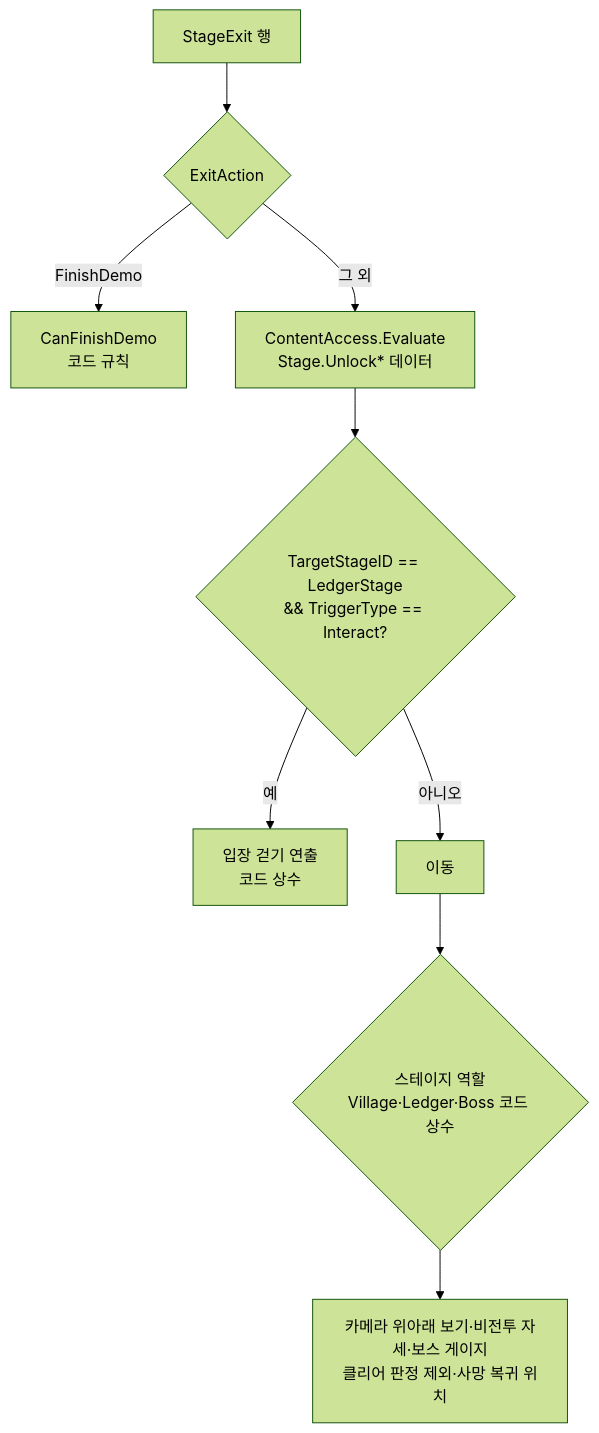
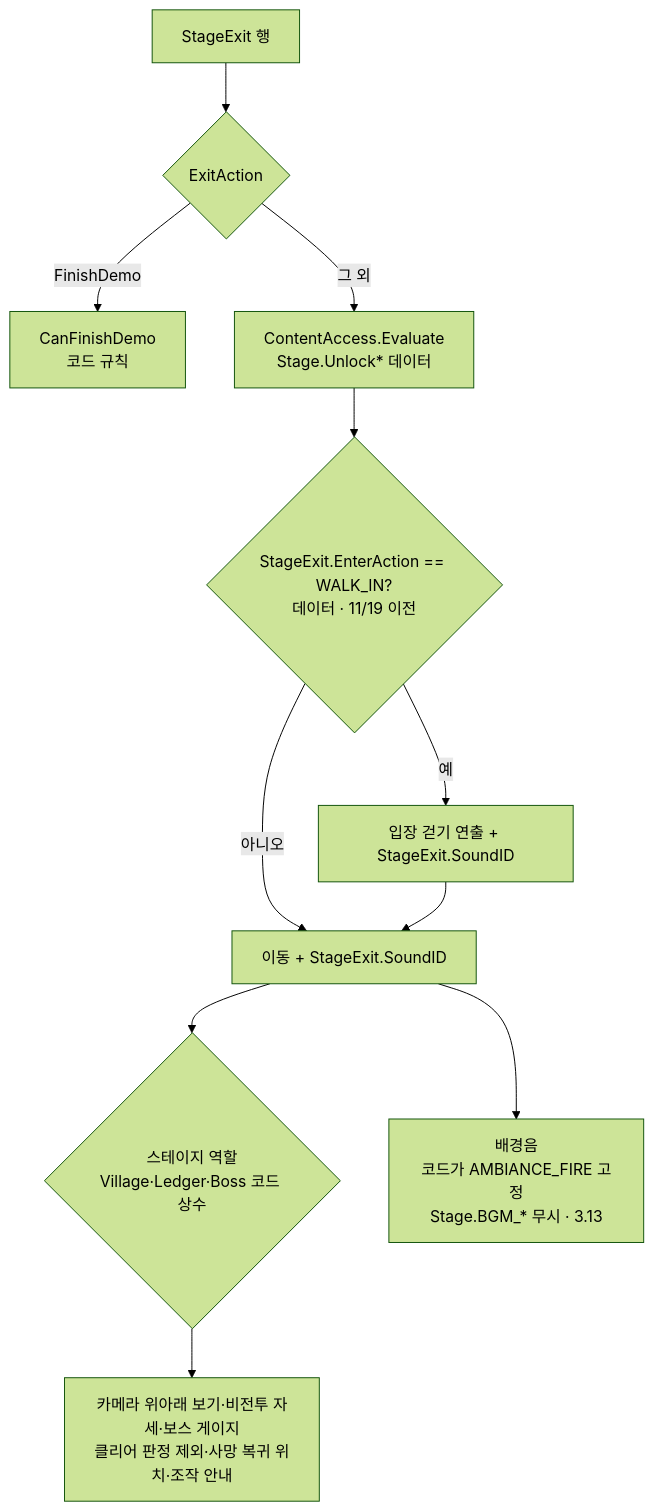
One commit to lkhwcf-arch/Human_Ghost- changed the fourth of 20 diagrams in Docs/개발자용 설계문서/조건 규칙 교차 감사와 흐름 단절 위험 분석.md. Above: the diagram before and after it, drawn with Mermaid (forest theme). The commit also changed other lines of this file and 1 other file, not shown here.

Commit message:
조건 규칙 문서 2차 재점검: 원본 시트 스키마 이탈·배경음 데이터 무시·보스 2페이즈 선택 상수·이중 원본·미사용 컬럼 전수 결과와 설계도·우선순위 갱신

````diff
--- a/Docs/개발자용 설계문서/조건 규칙 교차 감사와 흐름 단절 위험 분석.md
+++ b/Docs/개발자용 설계문서/조건 규칙 교차 감사와 흐름 단절 위험 분석.md
@@ -145,11 +187,13 @@
 ```mermaid
 flowchart TD
     A[StageExit 행] --> B{ExitAction}
     B -->|FinishDemo| C[CanFinishDemo<br/>코드 규칙]
     B -->|그 외| D[ContentAccess.Evaluate<br/>Stage.Unlock* 데이터]
-    D --> E{TargetStageID == LedgerStage<br/>&& TriggerType == Interact?}
-    E -->|예| F[입장 걷기 연출<br/>코드 상수]
-    E -->|아니오| G[이동]
+    D --> E{StageExit.EnterAction == WALK_IN?<br/>데이터 · 11/19 이전}
+    E -->|예| F[입장 걷기 연출 + StageExit.SoundID]
+    E -->|아니오| G[이동 + StageExit.SoundID]
+    F --> G
     G --> H{스테이지 역할<br/>Village·Ledger·Boss 코드 상수}
-    H --> I[카메라 위아래 보기·비전투 자세·보스 게이지<br/>클리어 판정 제외·사망 복귀 위치]
+    H --> I[카메라 위아래 보기·비전투 자세·보스 게이지<br/>클리어 판정 제외·사망 복귀 위치·조작 안내]
+    G --> J[배경음<br/>코드가 AMBIANCE_FIRE 고정<br/>Stage.BGM_* 무시 · 3.13]
 ```
````
